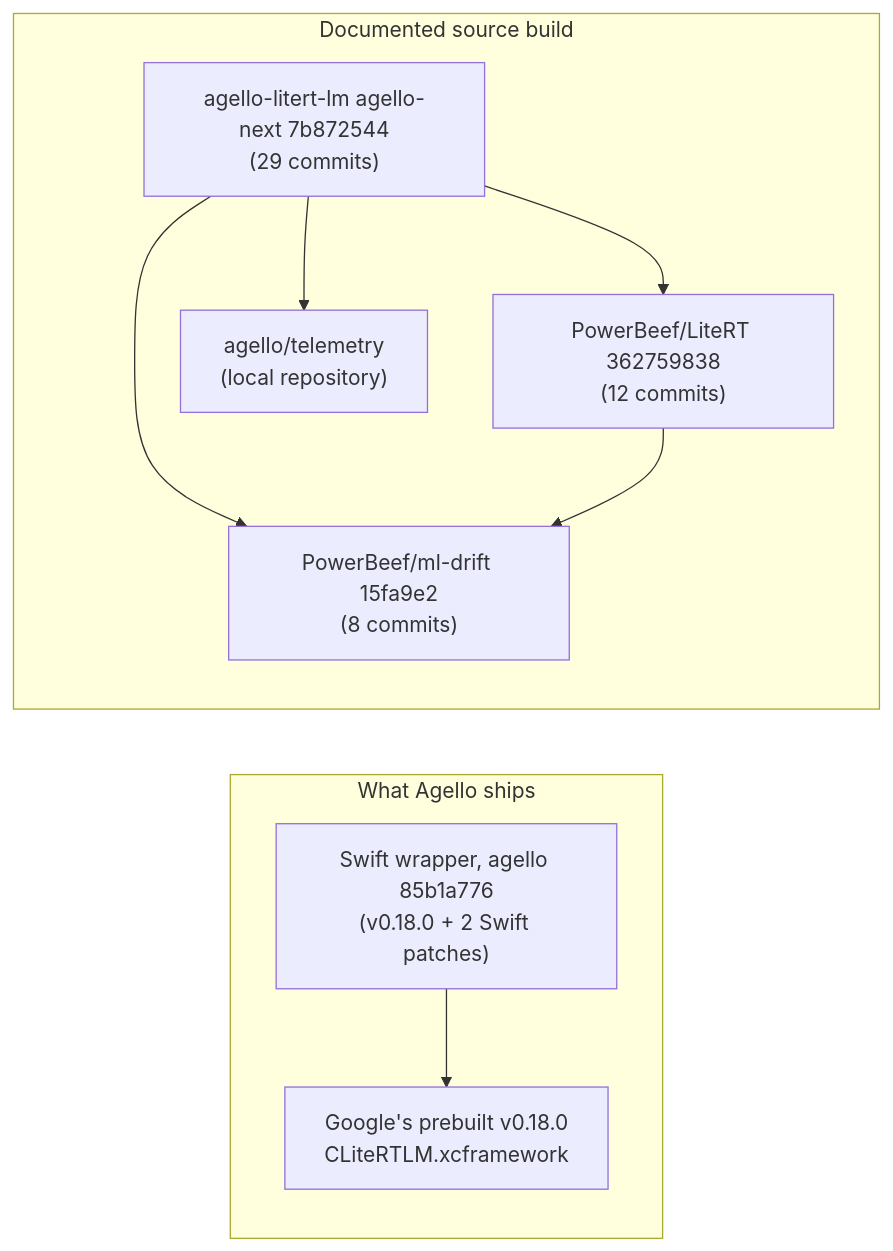
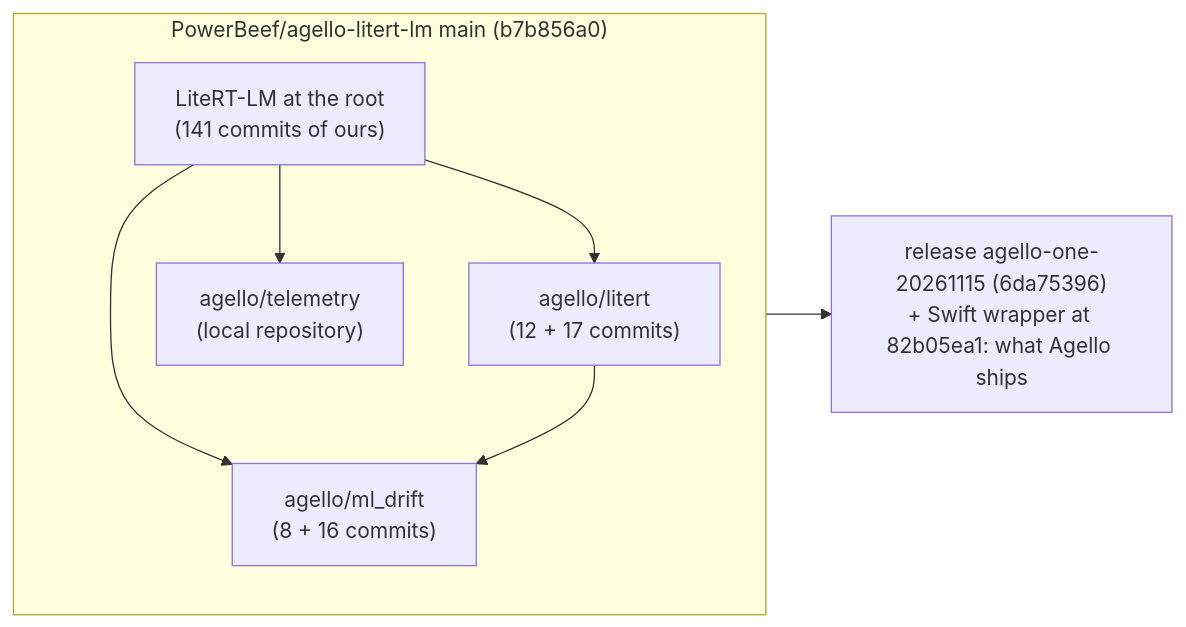
One commit to PowerBeef/agello-litert-lm changed the diagram in docs/agello/reference/patches.md. Above: the diagram before and after it, drawn with Mermaid. The commit also changed other lines of this file and 207 other files, not shown here.

First line of the commit message:
Reference: re-pinned to main b7b856a0, the one-repository layout, every moved claim verified again

````diff
--- a/docs/agello/reference/patches.md
+++ b/docs/agello/reference/patches.md
@@ -55,12 +64,10 @@
 ```mermaid
 flowchart LR
-  subgraph shipped["What Agello ships"]
-    W["Swift wrapper, agello 85b1a776<br/>(v0.18.0 + 2 Swift patches)"] --> G["Google's prebuilt v0.18.0<br/>CLiteRTLM.xcframework"]
-  end
-  subgraph documented["Documented source build"]
-    N["agello-litert-lm agello-next 7b872544<br/>(29 commits)"] --> R["PowerBeef/LiteRT 362759838<br/>(12 commits)"]
-    N --> M["PowerBeef/ml-drift 15fa9e2<br/>(8 commits)"]
+  subgraph repo["PowerBeef/agello-litert-lm main (b7b856a0)"]
+    N["LiteRT-LM at the root<br/>(141 commits of ours)"] --> R["agello/litert<br/>(12 + 17 commits)"]
+    N --> M["agello/ml_drift<br/>(8 + 16 commits)"]
     N --> T["agello/telemetry<br/>(local repository)"]
     R --> M
   end
+  repo --> S["release agello-one-20261115 (6da75396)<br/>+ Swift wrapper at 82b05ea1: what Agello ships"]
 ```
````
